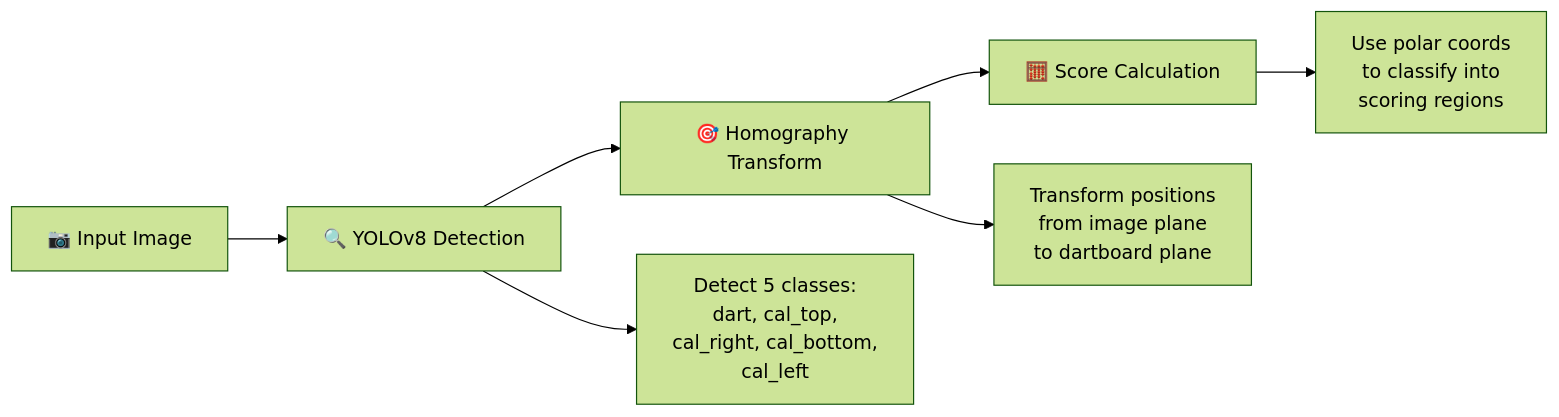
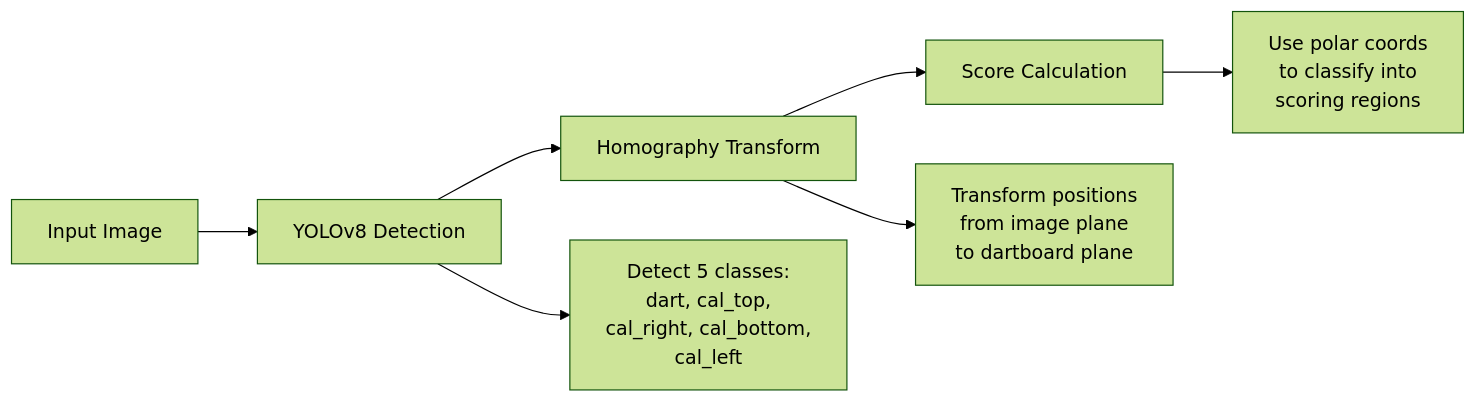
One commit to mohamedamineyoukaoui-ops/DartsVision- changed the diagram in README.md. Above: the diagram before and after it, drawn with Mermaid (forest theme).

Commit message:
Remove emojis from diagram

````diff
--- a/README.md
+++ b/README.md
@@ -53,10 +53,10 @@
 ```mermaid
 flowchart LR
-    A[📷 Input Image] --> B[🔍 YOLOv8 Detection]
-    B --> C[🎯 Homography Transform]
-    C --> D[🧮 Score Calculation]
+    A[Input Image] --> B[YOLOv8 Detection]
+    B --> C[Homography Transform]
+    C --> D[Score Calculation]
     
     B --> B1[Detect 5 classes:\ndart, cal_top,\ncal_right, cal_bottom,\ncal_left]
     C --> C1[Transform positions\nfrom image plane\nto dartboard plane]
     D --> D1[Use polar coords\nto classify into\nscoring regions]
 ```
````
